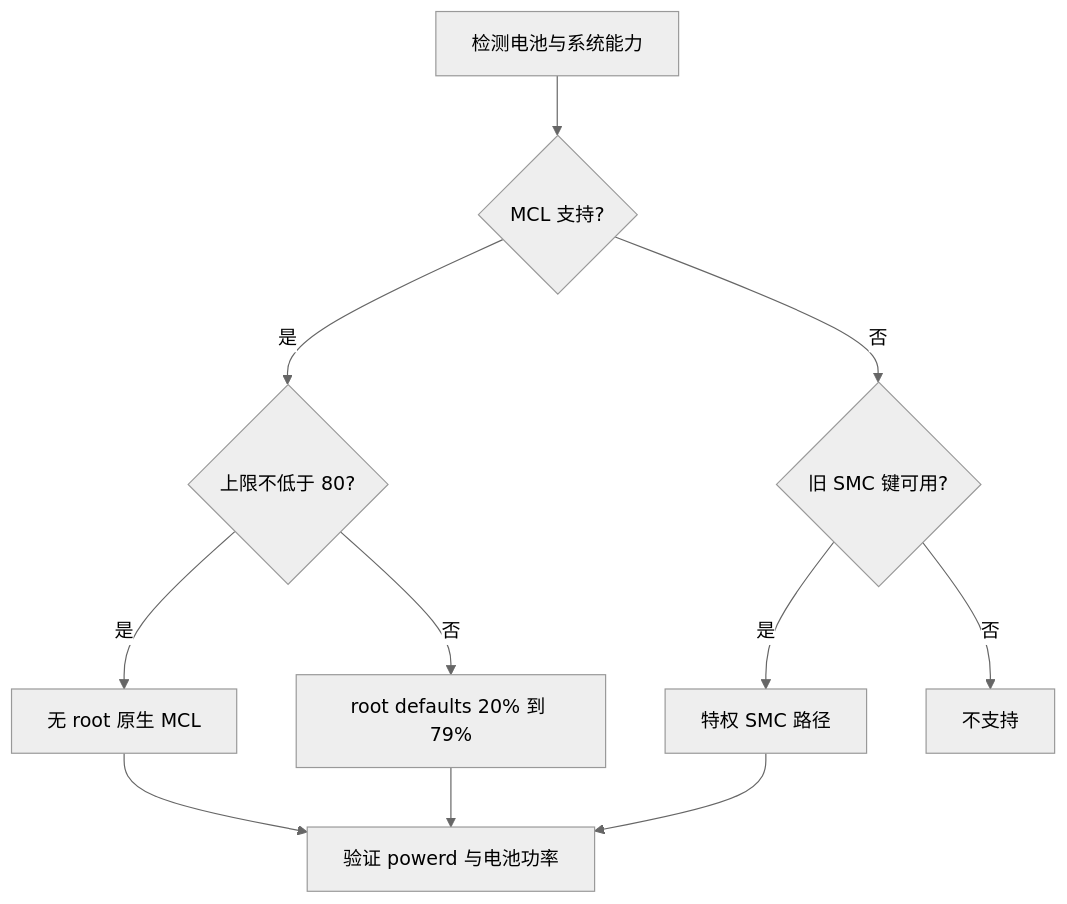
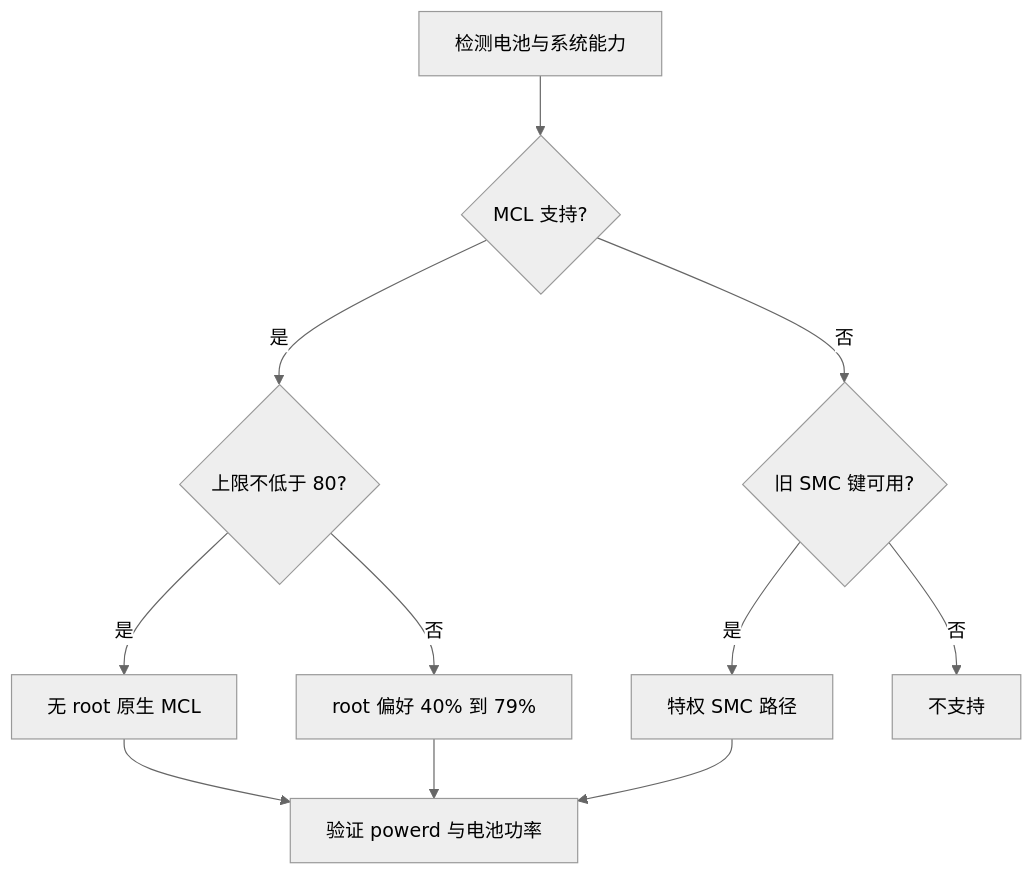
One commit to wyz541/kmp-Covio changed the diagram in docs/research/battery-charge-control/README.md. Above: the diagram before and after it, drawn with Mermaid (neutral theme). The commit also changed other lines of this file and 13 other files, not shown here.

````diff
--- a/docs/research/battery-charge-control/README.md
+++ b/docs/research/battery-charge-control/README.md
@@ -57,13 +57,13 @@
 ```mermaid
 flowchart TD
   A[检测电池与系统能力] --> B{MCL 支持?}
   B -->|是| C{上限不低于 80?}
   C -->|是| D[无 root 原生 MCL]
-  C -->|否| E[root defaults 20% 到 79%]
+  C -->|否| E[root 偏好 40% 到 79%]
   B -->|否| F{旧 SMC 键可用?}
   F -->|是| G[特权 SMC 路径]
   F -->|否| H[不支持]
   D --> I[验证 powerd 与电池功率]
   E --> I
   G --> I
 ```
````
